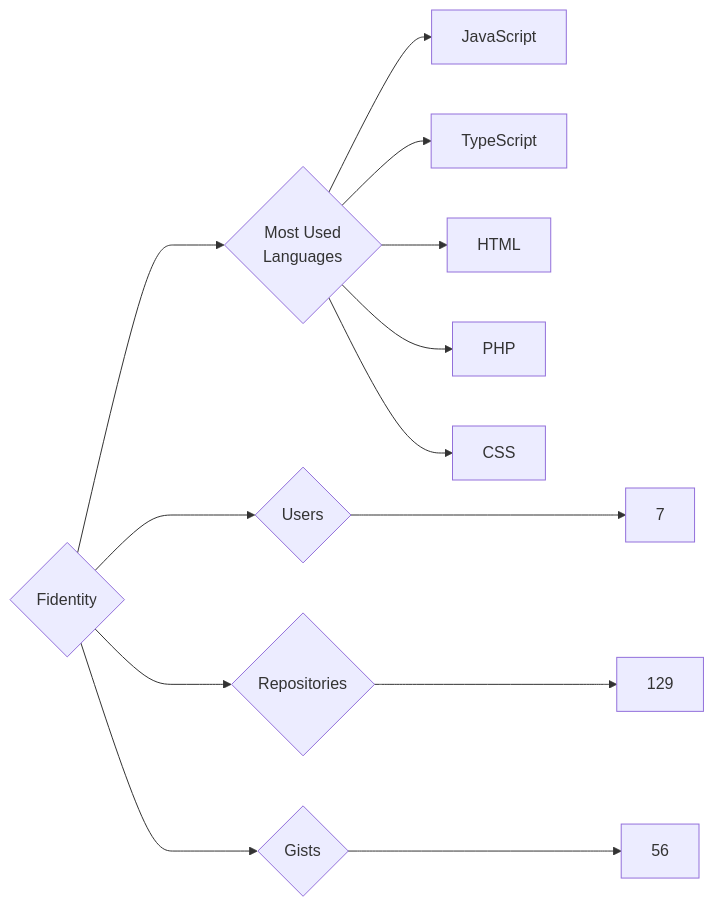
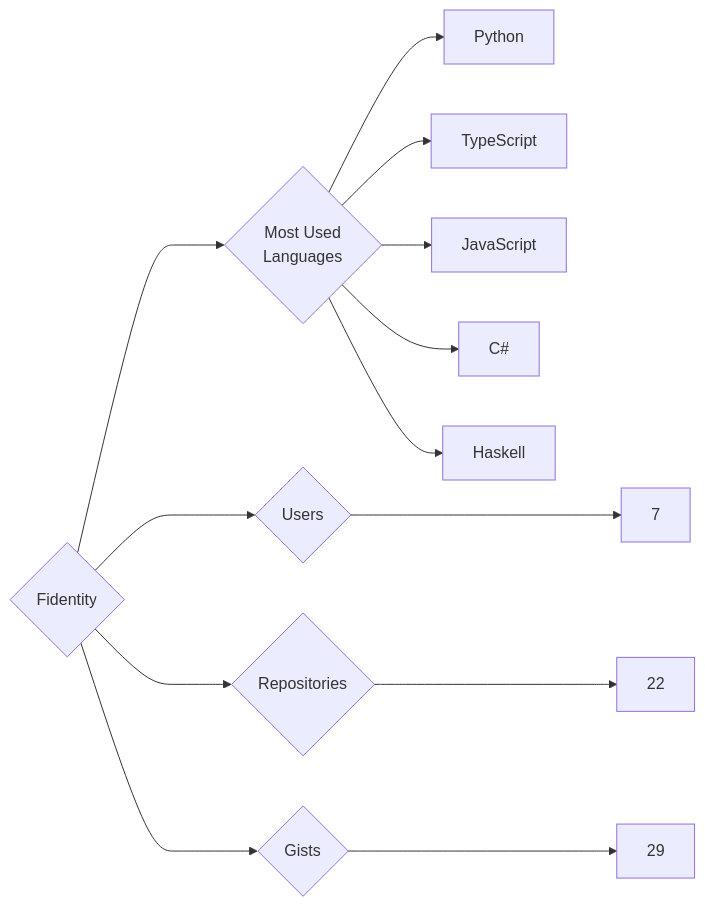
One commit to trickest/insiders changed the diagram in targets/Fidentity/README.md. Above: the diagram before and after it, drawn with Mermaid. The commit also changed 1238 other files, not shown here.

````diff
--- a/targets/Fidentity/README.md
+++ b/targets/Fidentity/README.md
@@ -3,13 +3,13 @@
 ```mermaid
 graph LR
 COMPANY_NAME{Fidentity}
 COMPANY_NAME ---> U{Users} ---> UN[7]
-COMPANY_NAME ---> R{Repositories} ---> RN[129]
-COMPANY_NAME ---> G{Gists} ---> GN[56]
+COMPANY_NAME ---> R{Repositories} ---> RN[22]
+COMPANY_NAME ---> G{Gists} ---> GN[29]
 COMPANY_NAME ---> ML{Most Used<br>Languages}
+ML --> Python[Python]
+ML --> TypeScript[TypeScript]
 ML --> JavaScript[JavaScript]
-ML --> TypeScript[TypeScript]
-ML --> HTML[HTML]
-ML --> PHP[PHP]
-ML --> CSS[CSS]
+ML --> C#[C#]
+ML --> Haskell[Haskell]
 ```
````
